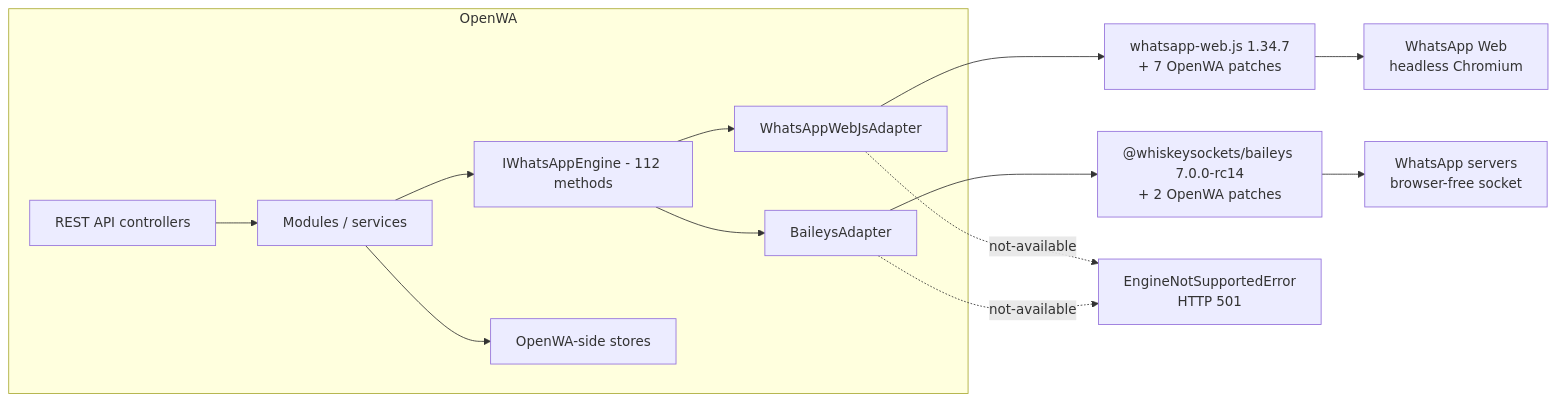
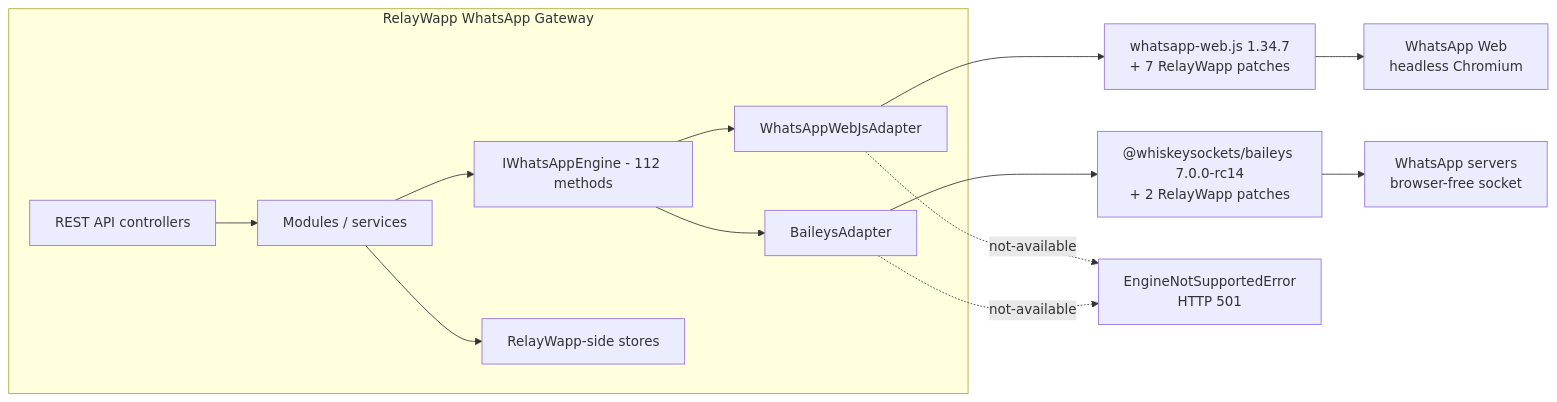
One commit to FaisalKabirGalib/whitelabel-whatsapp-gateway changed the first of 2 diagrams in docs/29-engine-capability-matrix.md. Above: the diagram before and after it, drawn with Mermaid. The commit also changed other lines of this file and 51 other files, not shown here.

Commit message:
docs: rebrand documentation for RelayWapp

````diff
--- a/docs/29-engine-capability-matrix.md
+++ b/docs/29-engine-capability-matrix.md
@@ -43,16 +43,16 @@
 ```mermaid
 flowchart LR
-    subgraph OpenWA["OpenWA"]
+    subgraph RelayWapp["RelayWapp WhatsApp Gateway"]
         API["REST API controllers"] --> SVC["Modules / services"]
         SVC --> IF["IWhatsAppEngine - 112 methods"]
         IF --> WA["WhatsAppWebJsAdapter"]
         IF --> BA["BaileysAdapter"]
-        SVC --> STORE["OpenWA-side stores"]
+        SVC --> STORE["RelayWapp-side stores"]
     end
-    WA --> WLIB["whatsapp-web.js 1.34.7<br/>+ 7 OpenWA patches"]
-    BA --> BLIB["@whiskeysockets/baileys 7.0.0-rc14<br/>+ 2 OpenWA patches"]
+    WA --> WLIB["whatsapp-web.js 1.34.7<br/>+ 7 RelayWapp patches"]
+    BA --> BLIB["@whiskeysockets/baileys 7.0.0-rc14<br/>+ 2 RelayWapp patches"]
     WLIB --> WEB["WhatsApp Web<br/>headless Chromium"]
     BLIB --> WAS["WhatsApp servers<br/>browser-free socket"]
     WA -.->|"not-available"| E["EngineNotSupportedError<br/>HTTP 501"]
     BA -.->|"not-available"| E
 ```
````
